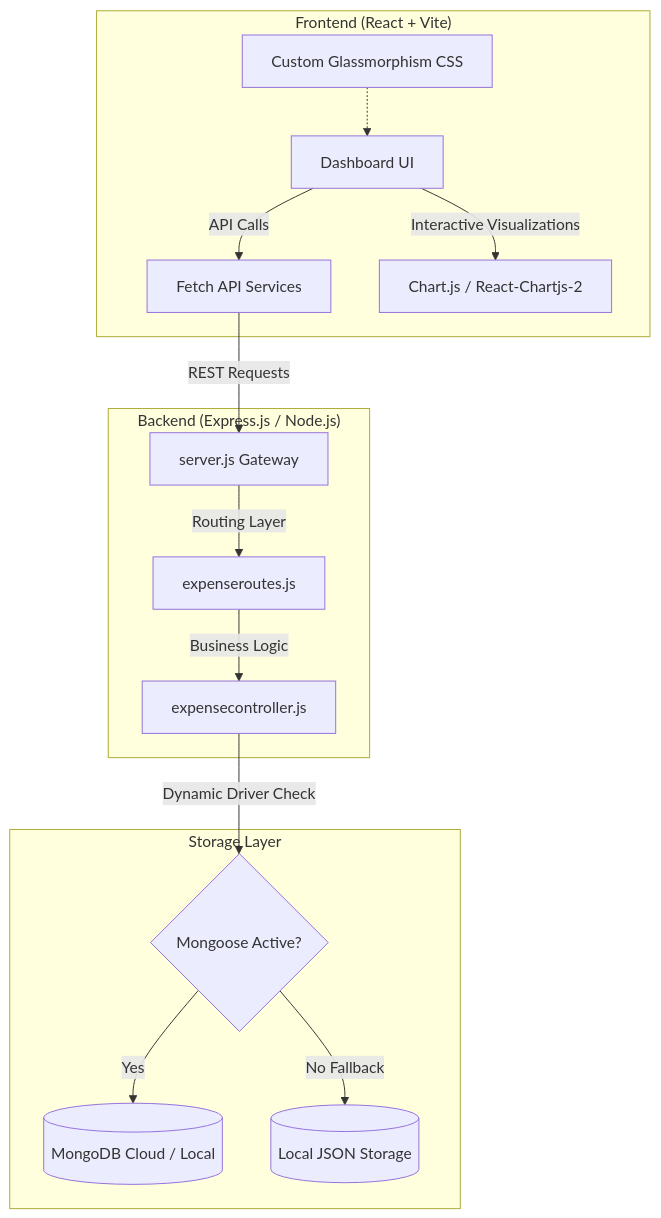
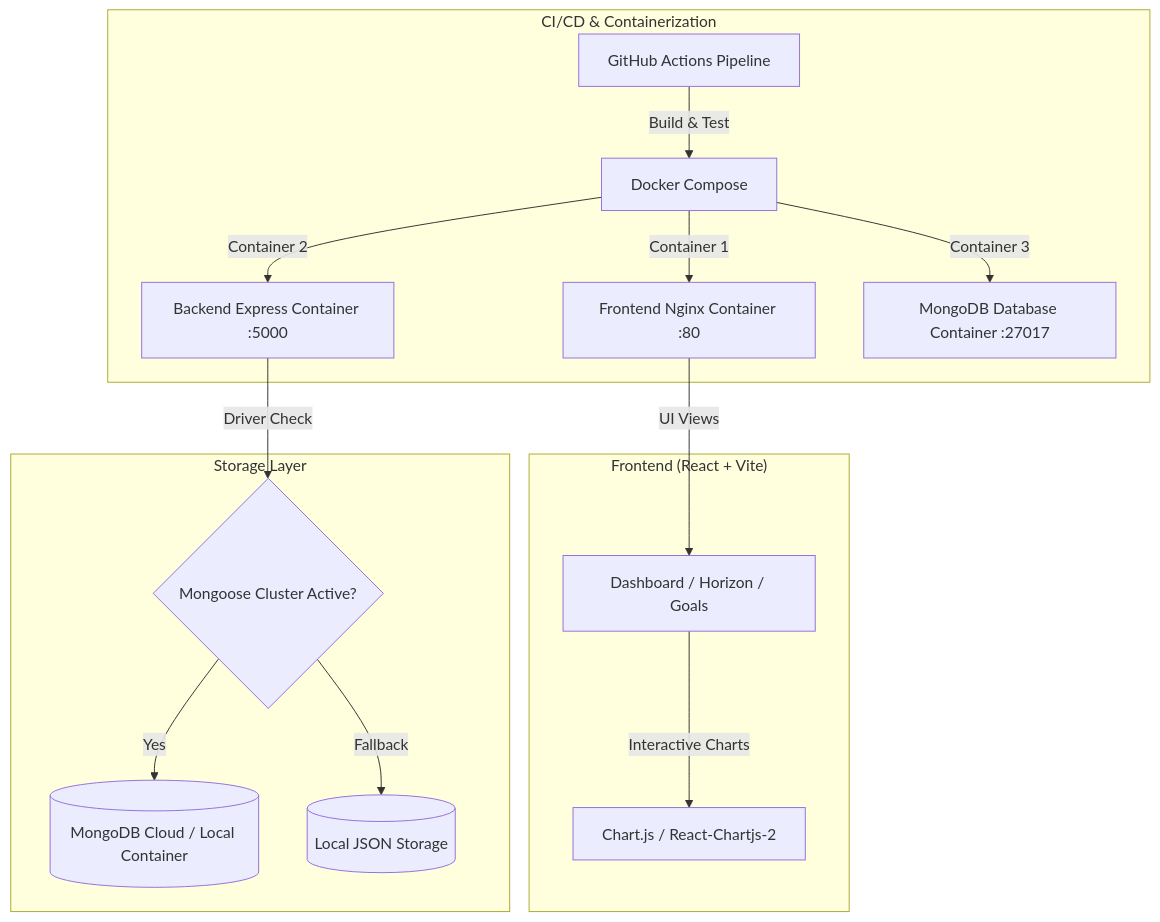
Before and after one commit to harshil2709/FinFlow: the diagram in README.md, drawn with Mermaid. The commit also changed other lines of this file and 7 other files, not shown here.

Commit message:
Add Docker containerization, Docker Compose, Nginx SPA config, and GitHub Actions CI/CD pipeline

````diff
--- a/README.md
+++ b/README.md
@@ -20,20 +21,20 @@
 ```mermaid
 graph TD
-    subgraph "Frontend (React + Vite)"
-        A[Dashboard UI] -->|API Calls| B[Fetch API Services]
-        C[Custom Glassmorphism CSS] -.-> A
-        A -->|Interactive Visualizations| D[Chart.js / React-Chartjs-2]
+    subgraph "CI/CD & Containerization"
+        GA[GitHub Actions Pipeline] -->|Build & Test| DC[Docker Compose]
+        DC -->|Container 1| FE[Frontend Nginx Container :80]
+        DC -->|Container 2| BE[Backend Express Container :5000]
+        DC -->|Container 3| DB[MongoDB Database Container :27017]
     end
 
-    subgraph "Backend (Express.js / Node.js)"
-        B -->|REST Requests| E[server.js Gateway]
-        E -->|Routing Layer| F[expenseroutes.js]
-        F -->|Business Logic| G[expensecontroller.js]
+    subgraph "Frontend (React + Vite)"
+        FE -->|UI Views| A[Dashboard / Horizon / Goals]
+        A -->|Interactive Charts| D[Chart.js / React-Chartjs-2]
     end
 
     subgraph "Storage Layer"
-        G -->|Dynamic Driver Check| H{Mongoose Active?}
-        H -->|Yes| I[(MongoDB Cloud / Local)]
-        H -->|No Fallback| J[(Local JSON Storage)]
+        BE -->|Driver Check| H{Mongoose Cluster Active?}
+        H -->|Yes| I[(MongoDB Cloud / Local Container)]
+        H -->|Fallback| J[(Local JSON Storage)]
     end
 ```
````
